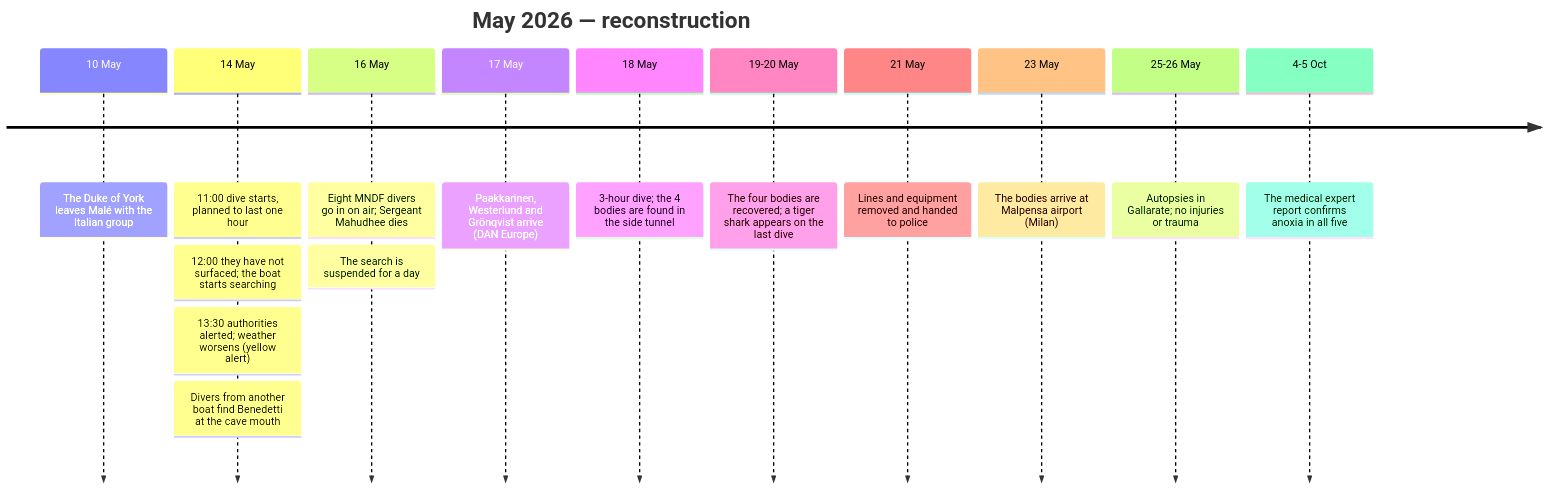
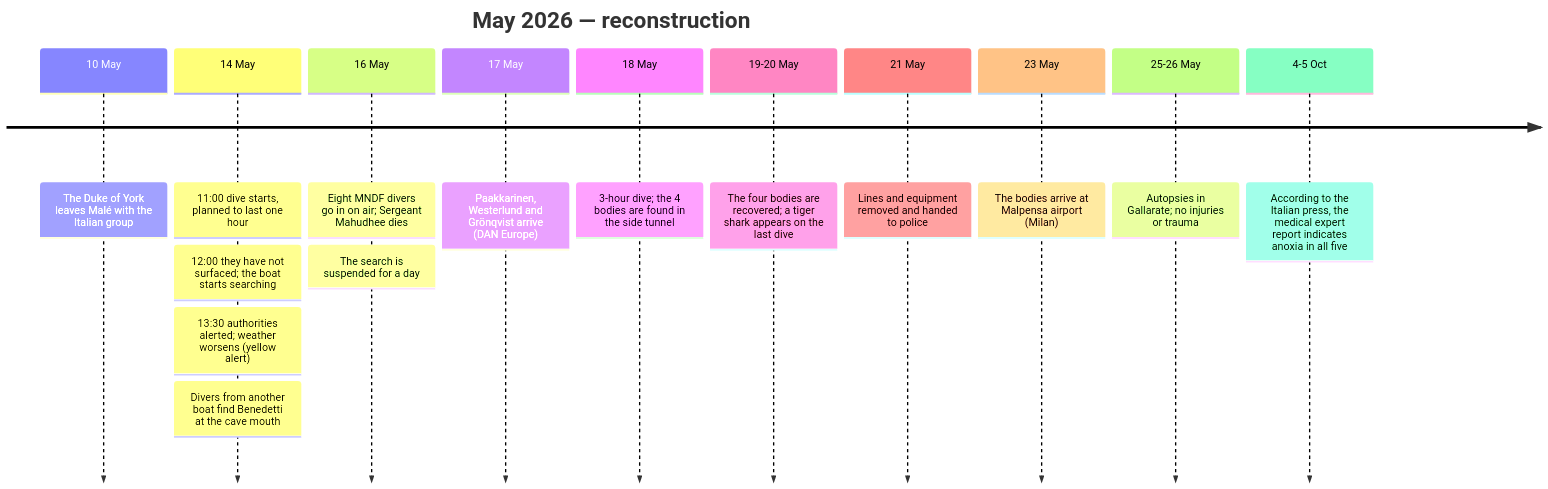
Before and after one commit to Oskillar28/cueva-vaavu-maldivas: the first of 2 diagrams in README.en.md, drawn with Mermaid. The commit also changed other lines of this file and 10 other files, not shown here.

````diff
--- a/README.en.md
+++ b/README.en.md
@@ -238,18 +240,18 @@
 ```mermaid
 timeline
     title May 2026 — reconstruction
     10 May : The Duke of York leaves Malé with the Italian group
     14 May : 11:00 dive starts, planned to last one hour
            : 12:00 they have not surfaced; the boat starts searching
            : 13:30 authorities alerted; weather worsens (yellow alert)
            : Divers from another boat find Benedetti at the cave mouth
     16 May : Eight MNDF divers go in on air; Sergeant Mahudhee dies
            : The search is suspended for a day
     17 May : Paakkarinen, Westerlund and Grönqvist arrive (DAN Europe)
     18 May : 3-hour dive; the 4 bodies are found in the side tunnel
     19-20 May : The four bodies are recovered; a tiger shark appears on the last dive
     21 May : Lines and equipment removed and handed to police
     23 May : The bodies arrive at Malpensa airport (Milan)
     25-26 May : Autopsies in Gallarate; no injuries or trauma
-    4-5 Oct : The medical expert report confirms anoxia in all five
+    4-5 Oct : According to the Italian press, the medical expert report indicates anoxia in all five
 ```
````
